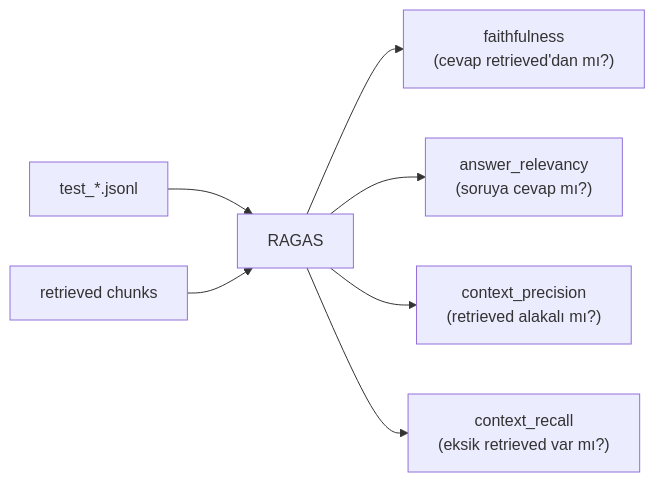
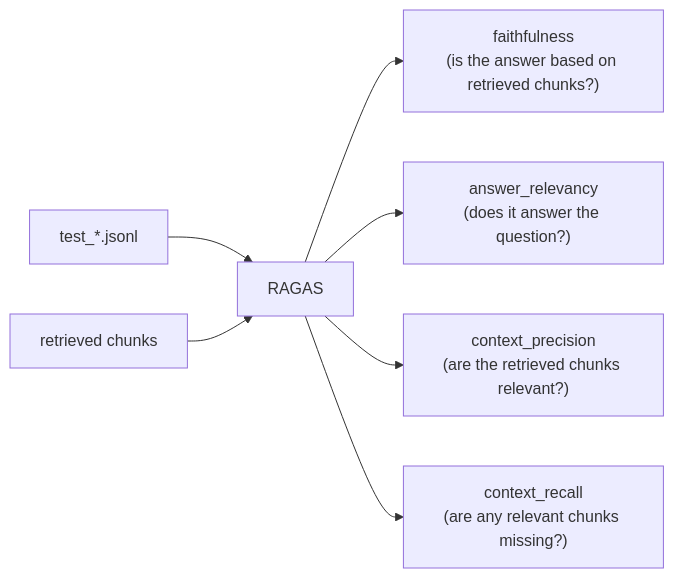
The fifth of 5 diagrams in week6-rag/extras.md (yetkineser/VBO_AI_Engineering), drawn with Mermaid before and after one commit. The commit also changed other lines of this file and 5 other files, not shown here.

````diff
--- a/week6-rag/extras.md
+++ b/week6-rag/extras.md
@@ -128,9 +128,9 @@
 ```mermaid
 flowchart LR
     JSONL["test_*.jsonl"] --> RAGAS["RAGAS"]
     Docs["retrieved chunks"] --> RAGAS
-    RAGAS --> F["faithfulness<br/>(cevap retrieved'dan mı?)"]
-    RAGAS --> AR["answer_relevancy<br/>(soruya cevap mı?)"]
-    RAGAS --> CP["context_precision<br/>(retrieved alakalı mı?)"]
-    RAGAS --> CR["context_recall<br/>(eksik retrieved var mı?)"]
+    RAGAS --> F["faithfulness<br/>(is the answer based on retrieved chunks?)"]
+    RAGAS --> AR["answer_relevancy<br/>(does it answer the question?)"]
+    RAGAS --> CP["context_precision<br/>(are the retrieved chunks relevant?)"]
+    RAGAS --> CR["context_recall<br/>(are any relevant chunks missing?)"]
 ```
````
